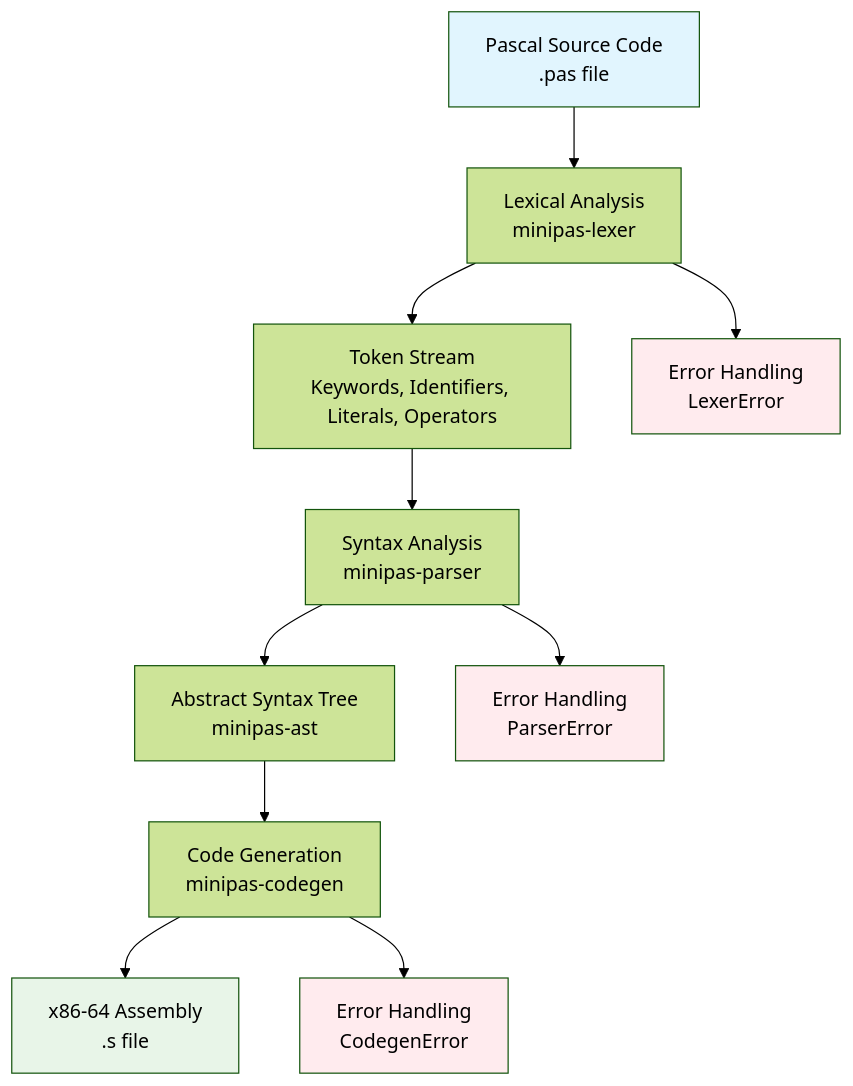
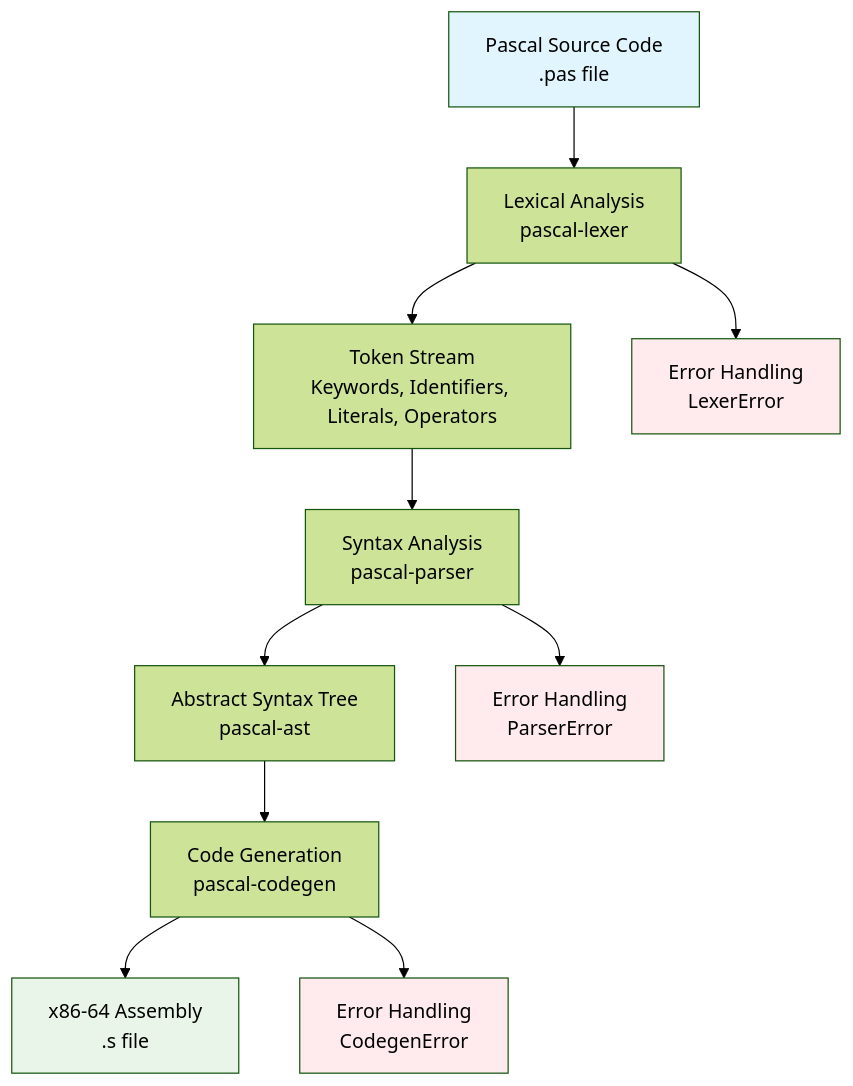
Before and after one commit to yingkitw/pascal-rs: the first of 3 diagrams in README.md, drawn with Mermaid (forest theme). The commit also changed other lines of this file and 212 other files, not shown here.

First line of the commit message:
refactor: rename project from minipas to pascal-rs across all files and documentation

````diff
--- a/README.md
+++ b/README.md
@@ -414,19 +414,19 @@
 ```mermaid
 graph TD
-    A[Pascal Source Code<br/>.pas file] --> B[Lexical Analysis<br/>minipas-lexer]
+    A[Pascal Source Code<br/>.pas file] --> B[Lexical Analysis<br/>pascal-lexer]
     B --> C[Token Stream<br/>Keywords, Identifiers, Literals, Operators]
-    C --> D[Syntax Analysis<br/>minipas-parser]
-    D --> E[Abstract Syntax Tree<br/>minipas-ast]
-    E --> F[Code Generation<br/>minipas-codegen]
+    C --> D[Syntax Analysis<br/>pascal-parser]
+    D --> E[Abstract Syntax Tree<br/>pascal-ast]
+    E --> F[Code Generation<br/>pascal-codegen]
     F --> G[x86-64 Assembly<br/>.s file]
     
     B --> H[Error Handling<br/>LexerError]
     D --> I[Error Handling<br/>ParserError]
     F --> J[Error Handling<br/>CodegenError]
     
     style A fill:#e1f5fe
     style G fill:#e8f5e8
     style H fill:#ffebee
     style I fill:#ffebee
     style J fill:#ffebee
 ```
````
